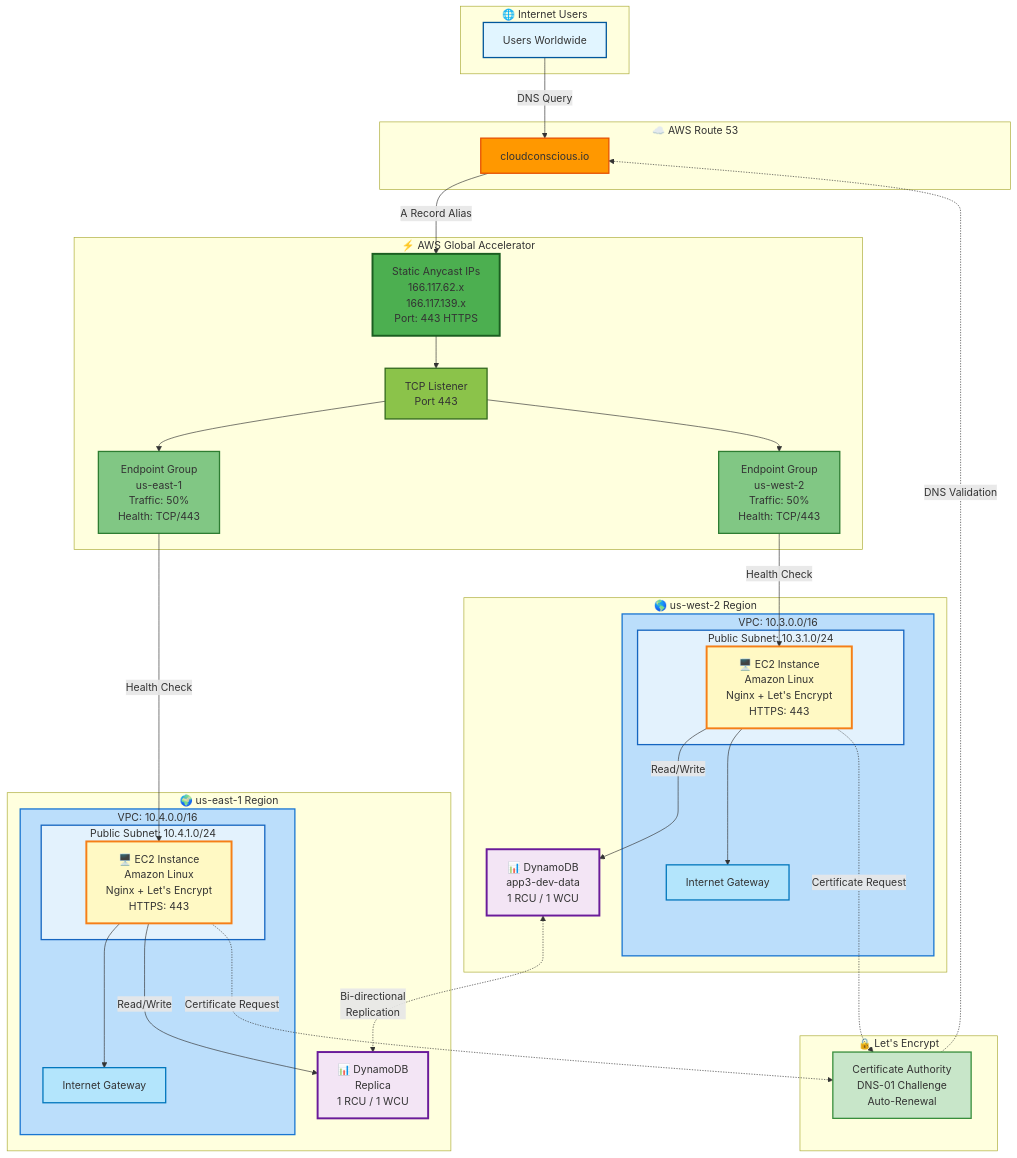
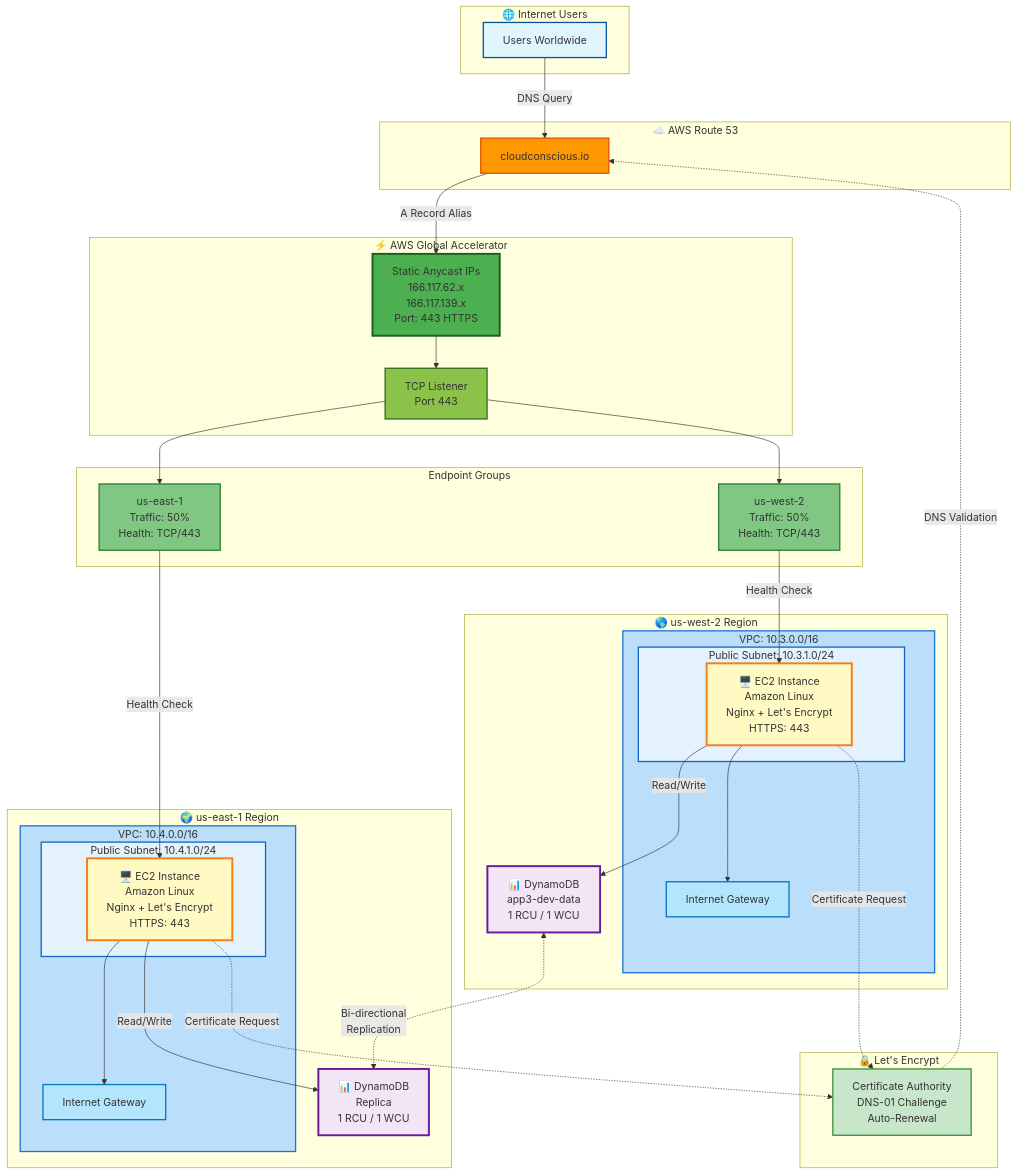
The diagram in terraform/stacks/app3/README.md (vegatros/repo1), drawn with Mermaid before and after one commit.

Commit message:
Expand diagram vertically with top-down layout for better alignment

````diff
--- a/terraform/stacks/app3/README.md
+++ b/terraform/stacks/app3/README.md
@@ -9,59 +9,68 @@
 ```mermaid
-graph TB
+graph TD
     subgraph Internet["🌐 Internet Users"]
         Users[Users Worldwide]
     end
+    
+    Users -->|DNS Query| R53
     
     subgraph DNS["☁️ AWS Route 53"]
         R53[cloudconscious.io]
     end
     
+    R53 -->|A Record Alias| Accelerator
+    
     subgraph GA["⚡ AWS Global Accelerator"]
         Accelerator[Static Anycast IPs<br/>166.117.62.x<br/>166.117.139.x<br/>Port: 443 HTTPS]
         Listener[TCP Listener<br/>Port 443]
-        EG_West[Endpoint Group<br/>us-west-2<br/>Traffic: 50%<br/>Health: TCP/443]
-        EG_East[Endpoint Group<br/>us-east-1<br/>Traffic: 50%<br/>Health: TCP/443]
+        Accelerator --> Listener
     end
     
+    Listener --> EG_West
+    Listener --> EG_East
+    
+    subgraph Endpoints["Endpoint Groups"]
+        EG_West[us-west-2<br/>Traffic: 50%<br/>Health: TCP/443]
+        EG_East[us-east-1<br/>Traffic: 50%<br/>Health: TCP/443]
+    end
+    
+    EG_West -->|Health Check| EC2_West
+    EG_East -->|Health Check| EC2_East
+    
     subgraph West["🌎 us-west-2 Region"]
-        DDB_West["📊 DynamoDB<br/>app3-dev-data<br/>1 RCU / 1 WCU"]
         subgraph VPC_West["VPC: 10.3.0.0/16"]
             IGW_West[Internet Gateway]
             subgraph Subnet_West["Public Subnet: 10.3.1.0/24"]
                 EC2_West["🖥️ EC2 Instance<br/>Amazon Linux<br/>Nginx + Let's Encrypt<br/>HTTPS: 443"]
             end
         end
+        DDB_West["📊 DynamoDB<br/>app3-dev-data<br/>1 RCU / 1 WCU"]
     end
     
     subgraph East["🌍 us-east-1 Region"]
-        DDB_East["📊 DynamoDB<br/>Replica<br/>1 RCU / 1 WCU"]
         subgraph VPC_East["VPC: 10.4.0.0/16"]
             IGW_East[Internet Gateway]
             subgraph Subnet_East["Public Subnet: 10.4.1.0/24"]
                 EC2_East["🖥️ EC2 Instance<br/>Amazon Linux<br/>Nginx + Let's Encrypt<br/>HTTPS: 443"]
             end
         end
+        DDB_East["📊 DynamoDB<br/>Replica<br/>1 RCU / 1 WCU"]
     end
+    
+    EC2_West -->|Read/Write| DDB_West
+    EC2_East -->|Read/Write| DDB_East
+    DDB_West <-.->|Bi-directional<br/>Replication| DDB_East
+    
+    EC2_West --> IGW_West
+    EC2_East --> IGW_East
     
     subgraph LE["🔒 Let's Encrypt"]
         LetsEncrypt[Certificate Authority<br/>DNS-01 Challenge<br/>Auto-Renewal]
     end
     
-    Users -->|DNS Query| R53
-    R53 -->|A Record Alias| Accelerator
-    Accelerator --> Listener
-    Listener --> EG_West
-    Listener --> EG_East
-    EG_West -->|Health Check| EC2_West
-    EG_East -->|Health Check| EC2_East
-    EC2_West -->|Read/Write| DDB_West
-    EC2_East -->|Read/Write| DDB_East
-    DDB_West <-.->|Bi-directional<br/>Replication| DDB_East
     EC2_West -.->|Certificate Request| LetsEncrypt
     EC2_East -.->|Certificate Request| LetsEncrypt
     LetsEncrypt -.->|DNS Validation| R53
-    EC2_West --> IGW_West
-    EC2_East --> IGW_East
     
     style Users fill:#e1f5ff,stroke:#01579b,stroke-width:2px
     style R53 fill:#ff9800,stroke:#e65100,stroke-width:2px
````
